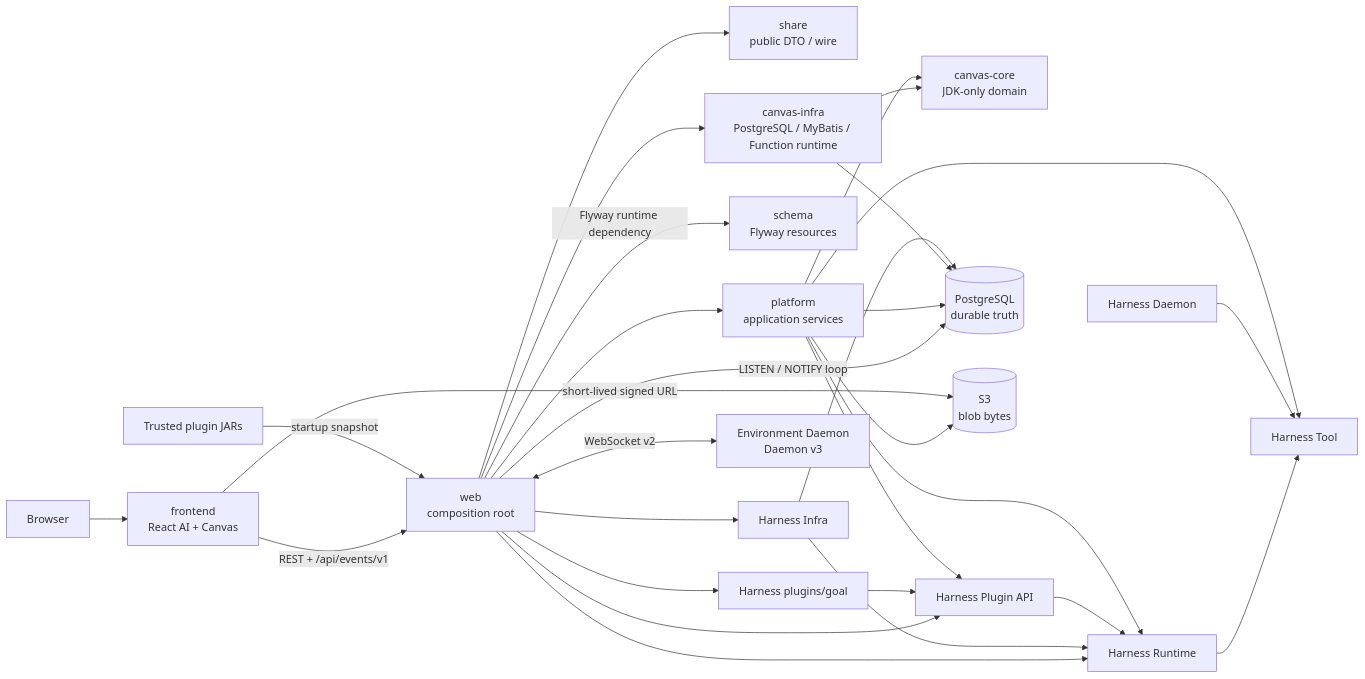
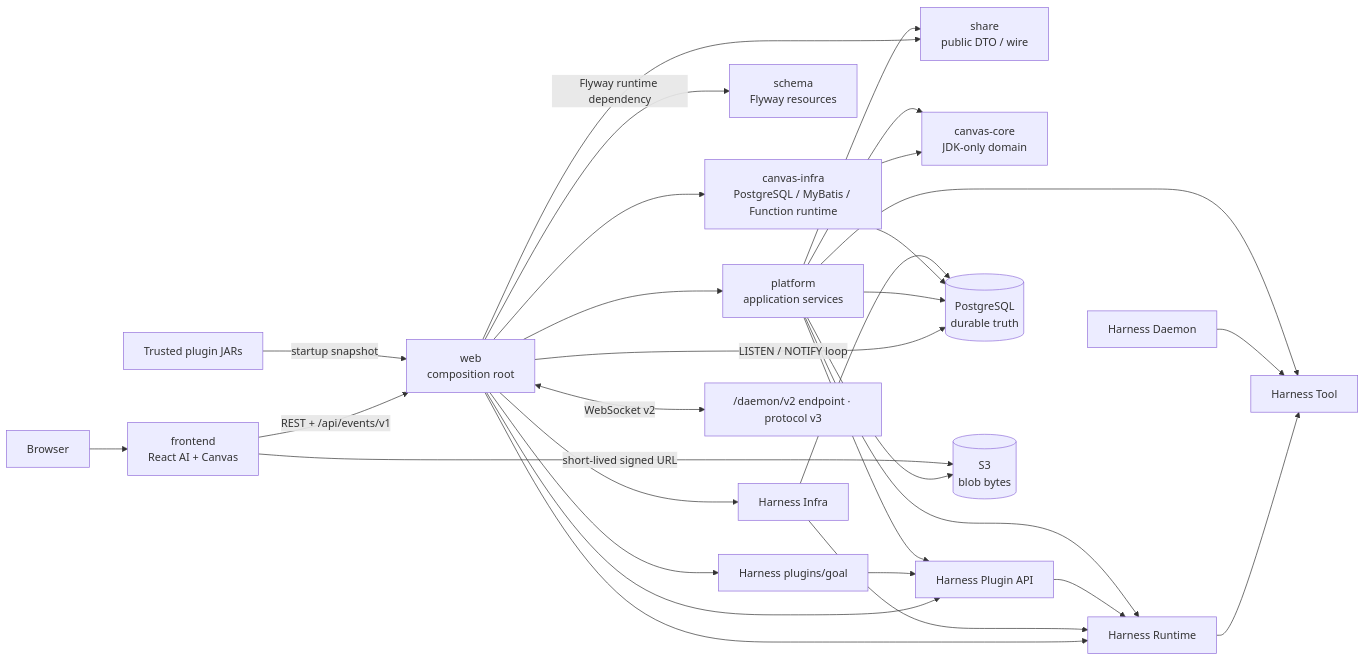
The diagram in docs/system-design.md (fengwk/kk-studio), drawn with Mermaid before and after one commit. The commit also changed other lines of this file and 47 other files, not shown here.

````diff
--- a/docs/system-design.md
+++ b/docs/system-design.md
@@ -8,50 +23,51 @@
 ```mermaid
 flowchart LR
     Browser[Browser]
     Frontend[frontend<br/>React AI + Canvas]
     Web[web<br/>composition root]
     Share[share<br/>public DTO / wire]
     Platform[platform<br/>application services]
     Schema[schema<br/>Flyway resources]
     CanvasCore[canvas-core<br/>JDK-only domain]
     CanvasInfra[canvas-infra<br/>PostgreSQL / MyBatis / Function runtime]
     HarnessTool[Harness Tool]
     HarnessRuntime[Harness Runtime]
     HarnessPluginApi[Harness Plugin API]
     HarnessInfra[Harness Infra]
     HarnessDaemon[Harness Daemon]
     HarnessGoal[Harness plugins/goal]
     PG[(PostgreSQL<br/>durable truth)]
     S3[(S3<br/>blob bytes)]
-    Env[Environment Daemon<br/>Daemon v3]
+    Env["/daemon/v2 endpoint · protocol v3"]
     Trusted[Trusted plugin JARs]
 
     Browser --> Frontend
     Frontend -->|REST + /api/events/v1| Web
     Web --> Share
     Web --> Platform
     Web --> CanvasInfra
     Web --> HarnessInfra
     Web --> HarnessRuntime
     Web --> HarnessPluginApi
     Web --> HarnessGoal
     CanvasInfra --> CanvasCore
     HarnessInfra --> HarnessRuntime
     HarnessRuntime --> HarnessTool
     HarnessPluginApi --> HarnessRuntime
     HarnessGoal --> HarnessPluginApi
     HarnessDaemon --> HarnessTool
     Platform --> CanvasCore
+    Platform --> Share
     Platform --> HarnessRuntime
     Platform --> HarnessTool
     Platform --> HarnessPluginApi
     Web -->|Flyway runtime dependency| Schema
     Web -->|LISTEN / NOTIFY loop| PG
     Platform --> PG
     Platform --> S3
     CanvasInfra --> PG
     HarnessInfra --> PG
     Frontend -->|short-lived signed URL| S3
     Web <-->|WebSocket v2| Env
     Trusted -->|startup snapshot| Web
 ```
````
